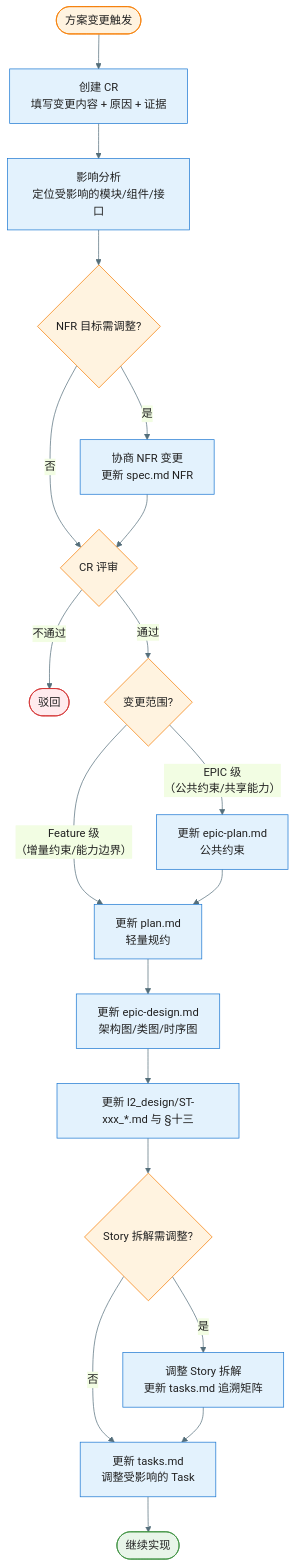
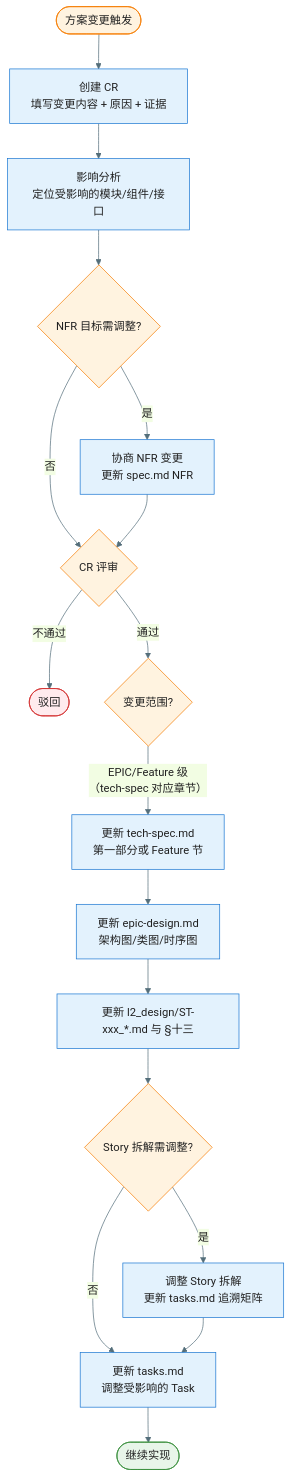
The fifth of 8 diagrams in docs/aisdd/workflow-overview.md (jackykarma/Verity), drawn with Mermaid before and after one commit. The commit also changed other lines of this file and 64 other files, not shown here.

First line of the commit message:
refactor ♻️(AISDD): 合并 epic-plan 与 Feature plan 为 tech-spec.md

````diff
--- a/docs/aisdd/workflow-overview.md
+++ b/docs/aisdd/workflow-overview.md
@@ -267,30 +255,28 @@
 ```mermaid
 %%{init: {'theme': 'base', 'themeVariables': { 'primaryColor': '#E3F2FD', 'primaryTextColor': '#212121', 'primaryBorderColor': '#1976D2', 'lineColor': '#546E7A'}}}%%
 flowchart TD
     Trigger([方案变更触发]) --> CreateCR["创建 CR<br/>填写变更内容 + 原因 + 证据"]
     CreateCR --> Impact["影响分析<br/>定位受影响的模块/组件/接口"]
     Impact --> CheckNFR{NFR 目标需调整?}
     CheckNFR -->|是| NegotiateNFR["协商 NFR 变更<br/>更新 spec.md NFR"]
     CheckNFR -->|否| Review{CR 评审}
     NegotiateNFR --> Review
     Review -->|不通过| Reject([驳回])
     Review -->|通过| Scope{变更范围?}
-    Scope -->|"EPIC 级<br/>（公共约束/共享能力）"| UpdateEpicPlan["更新 epic-plan.md<br/>公共约束"]
-    Scope -->|"Feature 级<br/>（增量约束/能力边界）"| UpdatePlan["更新 plan.md<br/>轻量规约"]
-    UpdateEpicPlan --> UpdatePlan
-    UpdatePlan --> UpdateDesign["更新 epic-design.md<br/>架构图/类图/时序图"]
+    Scope -->|"EPIC/Feature 级<br/>（tech-spec 对应章节）"| UpdateTechSpec["更新 tech-spec.md<br/>第一部分或 Feature 节"]
+    UpdateTechSpec --> UpdateDesign["更新 epic-design.md<br/>架构图/类图/时序图"]
     UpdateDesign --> UpdateL2["更新 l2_design/ST-xxx_*.md 与 §十三"]
     UpdateL2 --> CheckStory{Story 拆解需调整?}
     CheckStory -->|是| UpdateStory["调整 Story 拆解<br/>更新 tasks.md 追溯矩阵"]
     CheckStory -->|否| UpdateTasks["更新 tasks.md<br/>调整受影响的 Task"]
     UpdateStory --> UpdateTasks
     UpdateTasks --> Continue([继续实现])
 
     style Trigger fill:#FFF3E0,stroke:#F57C00
     style Reject fill:#FFEBEE,stroke:#D32F2F
     style Continue fill:#E8F5E9,stroke:#388E3C
     style Review fill:#FFF3E0,stroke:#F57C00
     style CheckNFR fill:#FFF3E0,stroke:#F57C00
     style Scope fill:#FFF3E0,stroke:#F57C00
     style CheckStory fill:#FFF3E0,stroke:#F57C00
 ```
````
